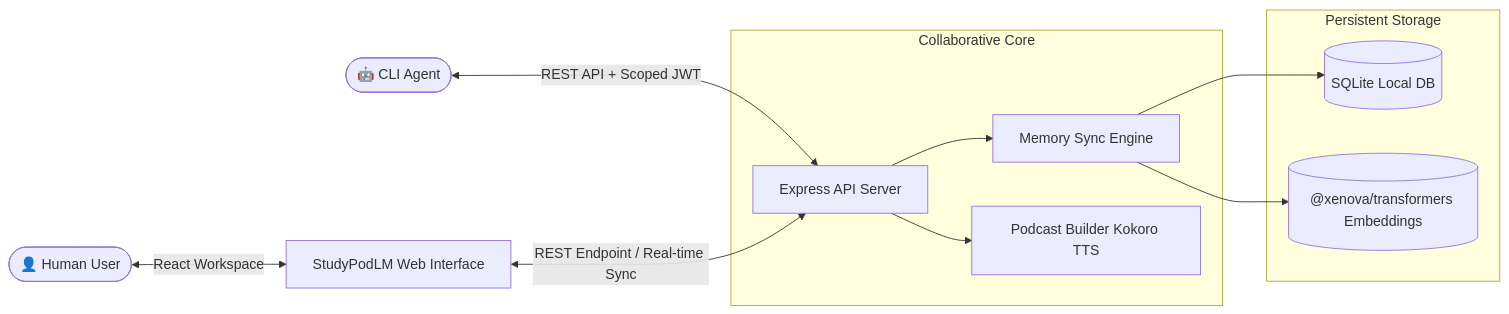
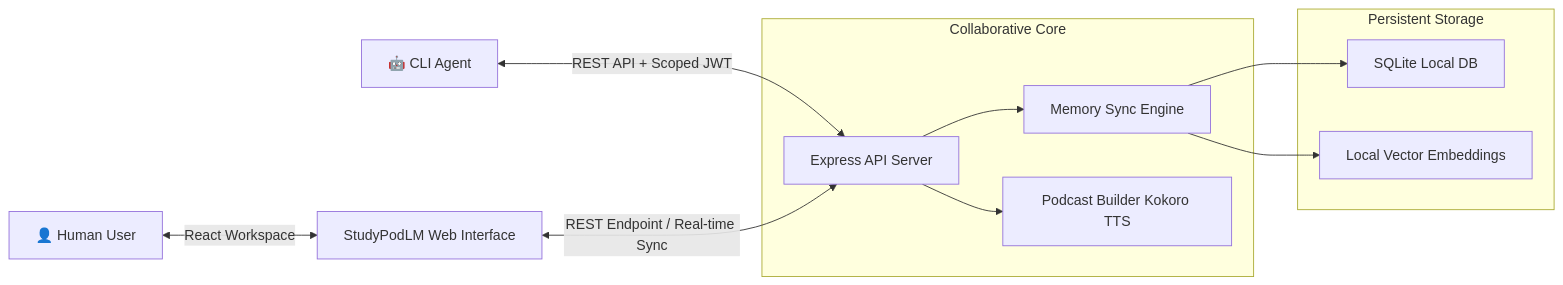
Before and after one commit to SantanDon/studylm: the diagram in README.md, drawn with Mermaid.

Commit message:
docs: simplify and format mermaid diagram node labels in readme to fix github render error

````diff
--- a/README.md
+++ b/README.md
@@ -23,18 +23,18 @@
 ```mermaid
 graph LR
-    Human(["👤 Human User"]) <-->|React Workspace| UI["StudyPodLM Web Interface"]
-    Agent(["🤖 CLI Agent"]) <-->|REST API + Scoped JWT| API["Express API Server"]
+    Human["👤 Human User"] <-->|React Workspace| UI["StudyPodLM Web Interface"]
+    Agent["🤖 CLI Agent"] <-->|REST API + Scoped JWT| API["Express API Server"]
     UI <-->|REST Endpoint / Real-time Sync| API
     
     subgraph Collaborative Core
         API --> Memory["Memory Sync Engine"]
         API --> Audio["Podcast Builder Kokoro TTS"]
     end
     
     subgraph Persistent Storage
-        LocalDB[("SQLite Local DB")]
-        VectorDB[("@xenova/transformers Embeddings")]
+        LocalDB["SQLite Local DB"]
+        VectorDB["Local Vector Embeddings"]
         Memory --> LocalDB
         Memory --> VectorDB
     end
 ```
````
